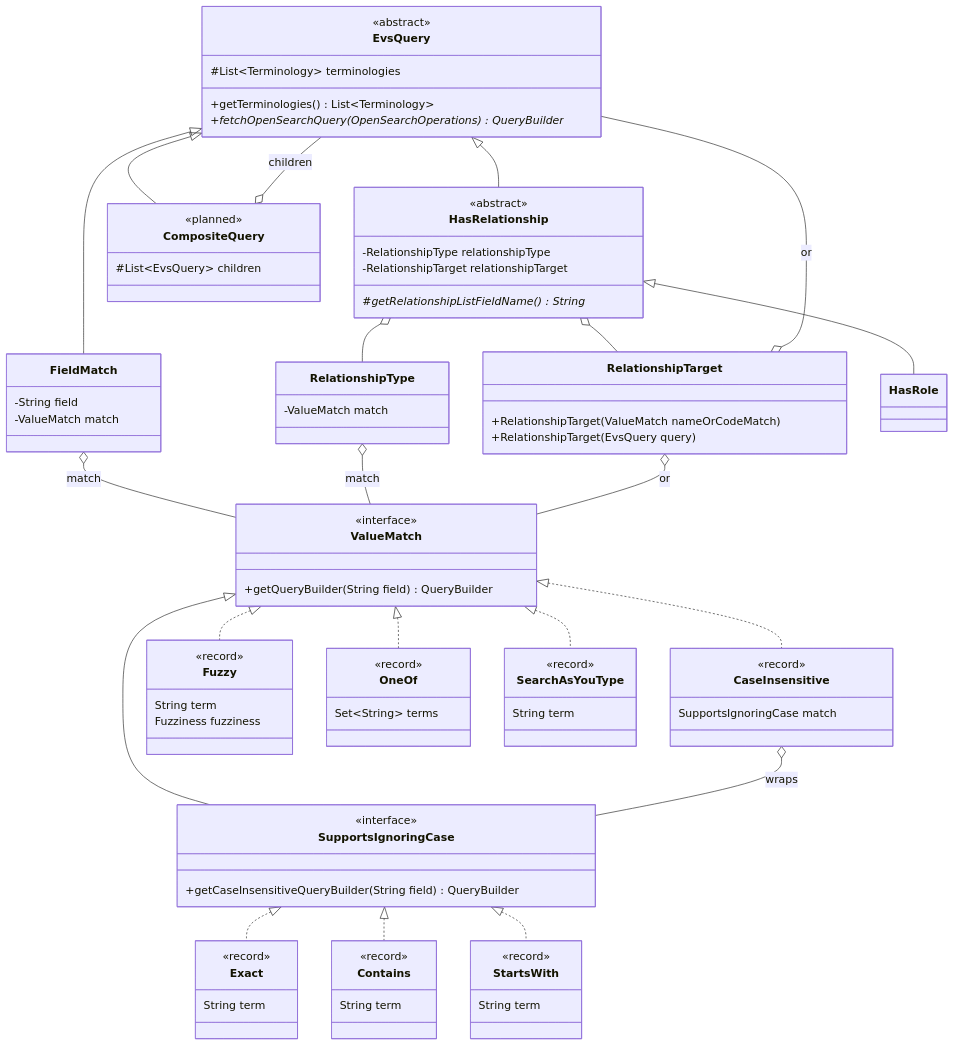
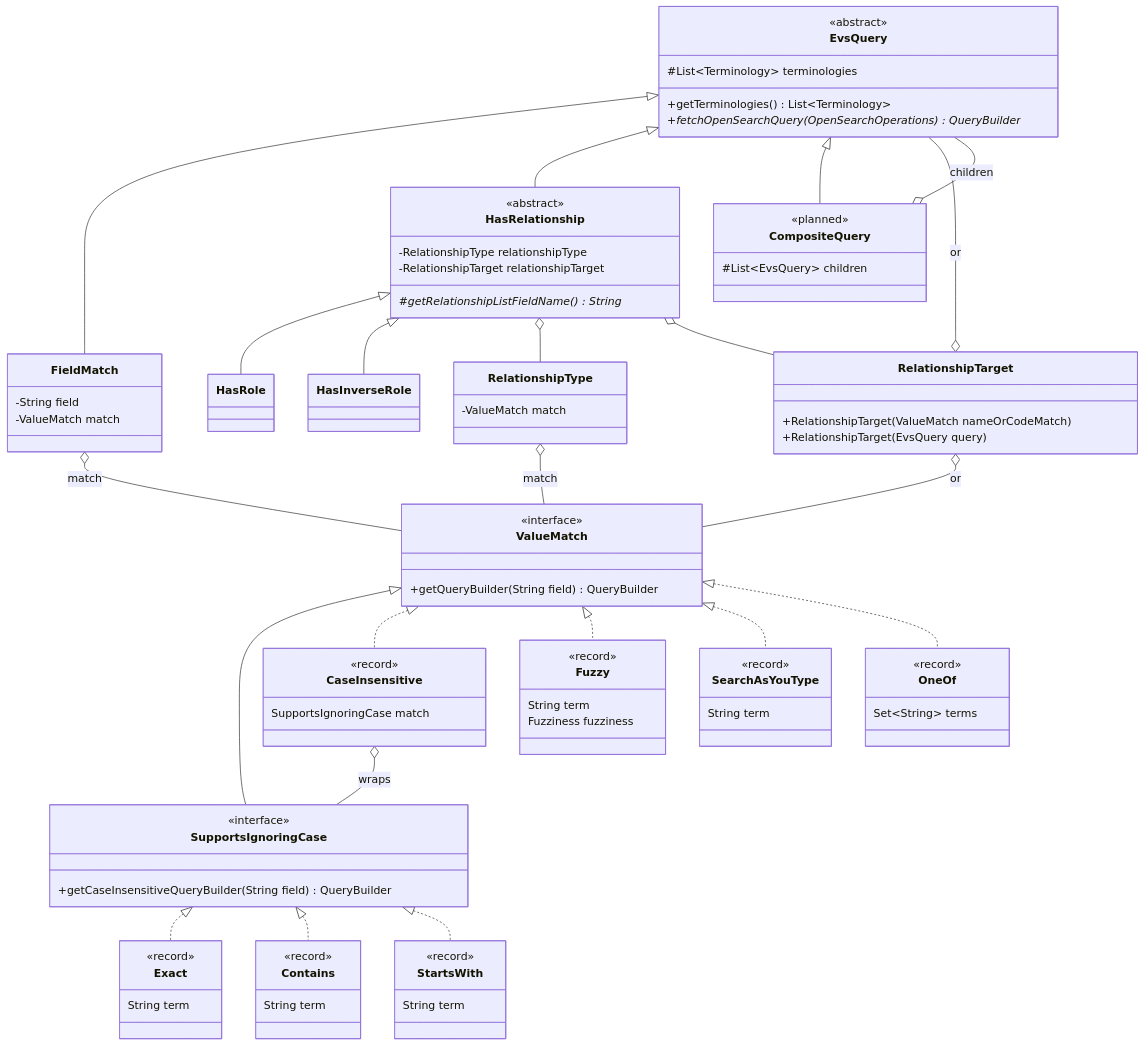
The diagram in src/main/java/gov/nih/nci/evs/api/query/README.md (WestCoastInformatics/evsrestapi), drawn with Mermaid before and after one commit. The commit also changed other lines of this file and 3 other files, not shown here.

First line of the commit message:
Add HasInverseRole query node and index inverse roles as nested

```diff
--- a/src/main/java/gov/nih/nci/evs/api/query/README.md
+++ b/src/main/java/gov/nih/nci/evs/api/query/README.md
@@ -123,6 +123,7 @@
     EvsQuery <|-- HasRelationship
     EvsQuery <|-- CompositeQuery
     HasRelationship <|-- HasRole
+    HasRelationship <|-- HasInverseRole
     CompositeQuery o-- EvsQuery : children
     FieldMatch o-- ValueMatch : match
     HasRelationship o-- RelationshipType
```
